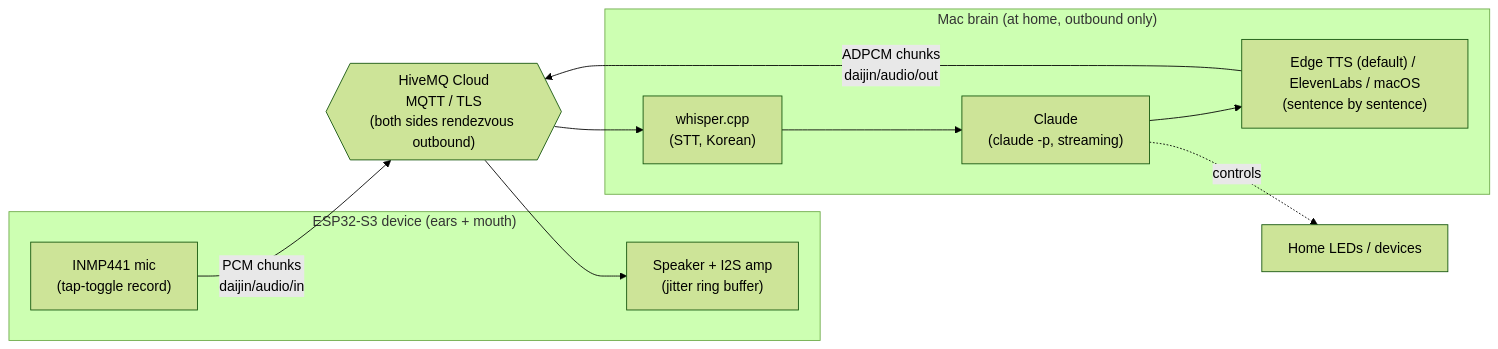
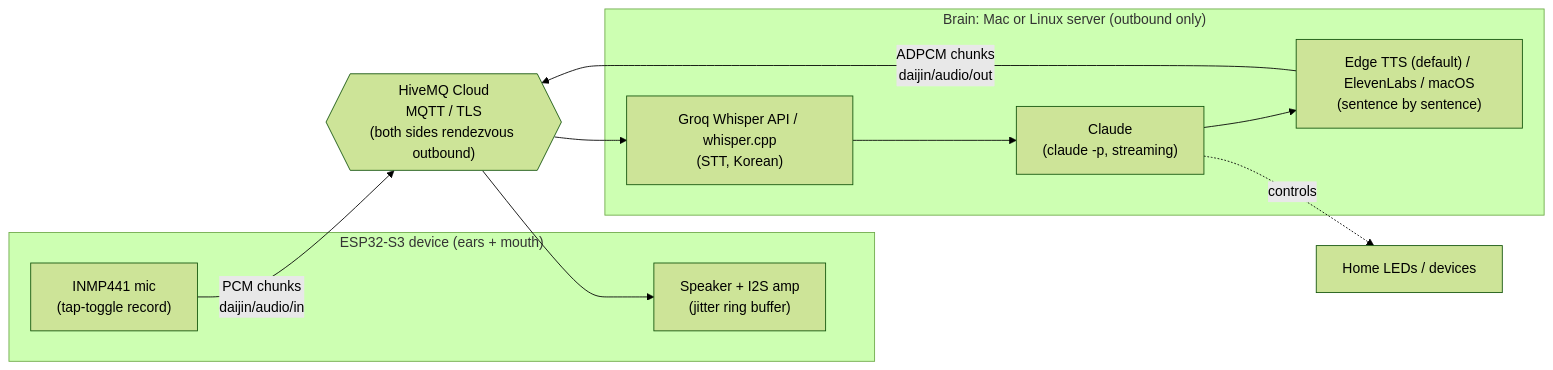
The diagram in README.md (nonasking/daijin), drawn with Mermaid (forest theme) before and after one commit. The commit also changed other lines of this file and 12 other files, not shown here.

First line of the commit message:
Brain runs on Linux too: Groq STT backend, ffmpeg, systemd units

````diff
--- a/README.md
+++ b/README.md
@@ -29,23 +29,23 @@
 ```mermaid
 flowchart LR
     subgraph device["ESP32-S3 device (ears + mouth)"]
         MIC["INMP441 mic<br/>(tap-toggle record)"]
         SPK["Speaker + I2S amp<br/>(jitter ring buffer)"]
     end
 
     BROKER{{"HiveMQ Cloud<br/>MQTT / TLS<br/>(both sides rendezvous outbound)"}}
 
-    subgraph brain["Mac brain (at home, outbound only)"]
-        STT["whisper.cpp<br/>(STT, Korean)"]
+    subgraph brain["Brain: Mac or Linux server (outbound only)"]
+        STT["Groq Whisper API / whisper.cpp<br/>(STT, Korean)"]
         AGENT["Claude<br/>(claude -p, streaming)"]
         TTS["Edge TTS (default) / ElevenLabs / macOS<br/>(sentence by sentence)"]
         STT --> AGENT --> TTS
     end
 
     MIC -- "PCM chunks<br/>daijin/audio/in" --> BROKER
     BROKER --> STT
     TTS -- "ADPCM chunks<br/>daijin/audio/out" --> BROKER
     BROKER --> SPK
 
     AGENT -. "controls" .-> HOME["Home LEDs / devices"]
 ```
````
